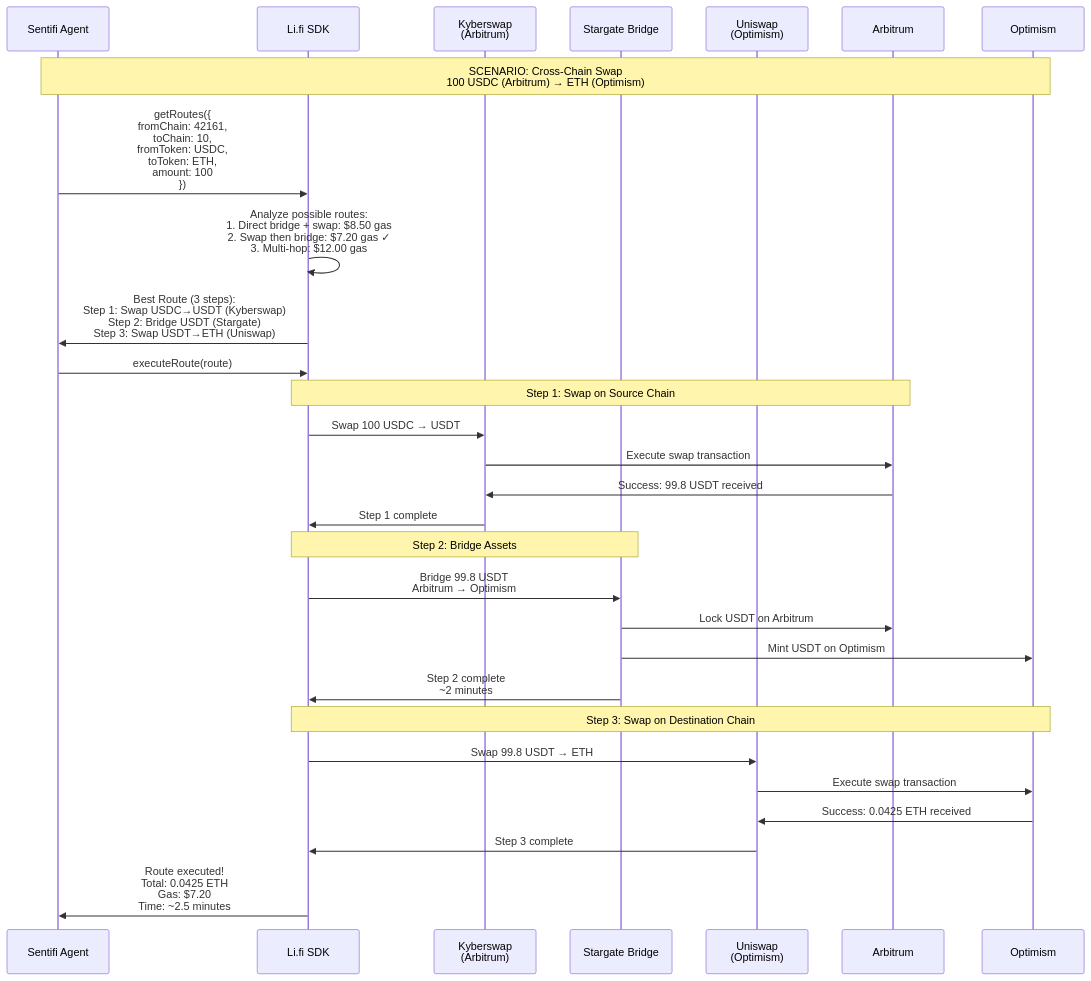
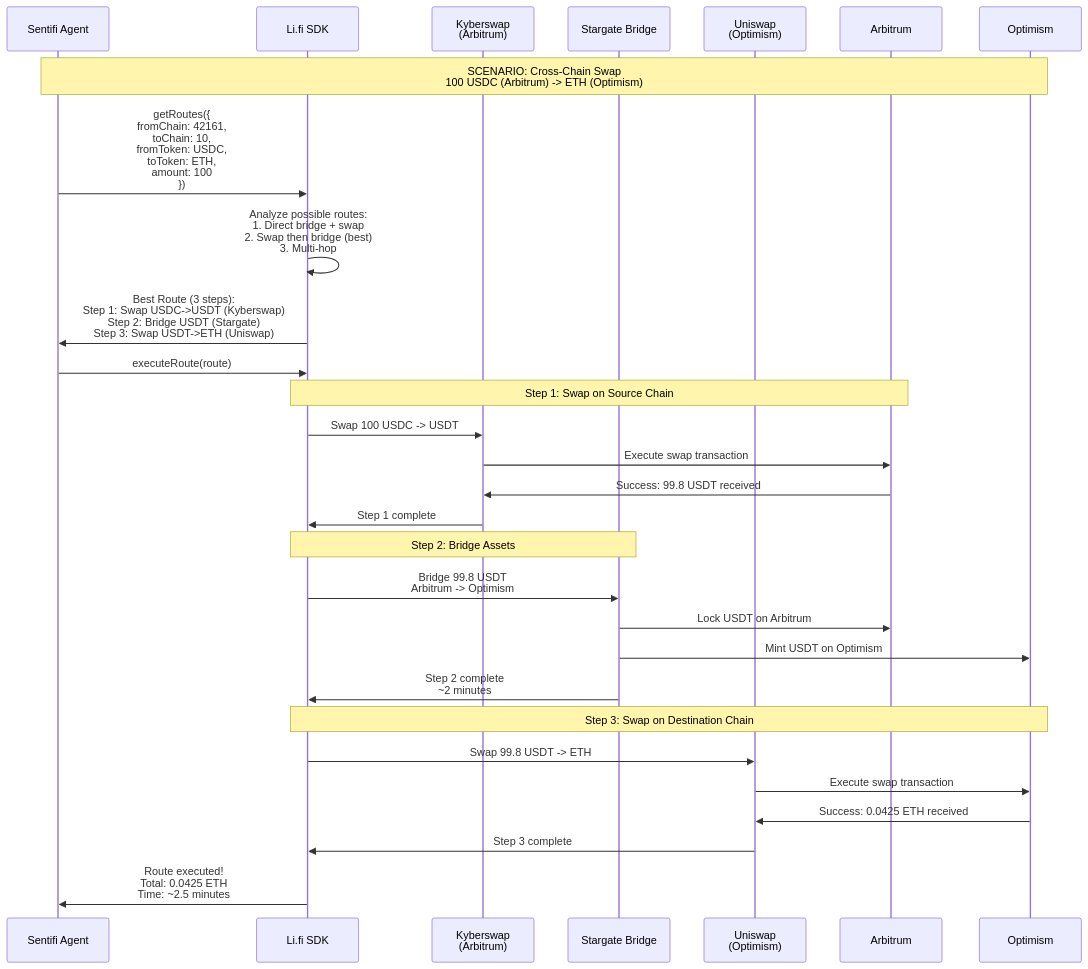
The seventh of 8 diagrams in docs/HACKATHON-FLOWS.md (vhspace/eXpress402), drawn with Mermaid before and after one commit. The commit also changed other lines of this file and 38 other files, not shown here.

````diff
--- a/docs/HACKATHON-FLOWS.md
+++ b/docs/HACKATHON-FLOWS.md
@@ -459,43 +455,43 @@
 ```mermaid
 sequenceDiagram
     participant Agent as Sentifi Agent
     participant Lifi as Li.fi SDK
     participant DEX1 as Kyberswap<br/>(Arbitrum)
     participant Bridge as Stargate Bridge
     participant DEX2 as Uniswap<br/>(Optimism)
     participant Chain1 as Arbitrum
     participant Chain2 as Optimism
 
-    Note over Agent,Chain2: SCENARIO: Cross-Chain Swap<br/>100 USDC (Arbitrum) → ETH (Optimism)
+    Note over Agent,Chain2: SCENARIO: Cross-Chain Swap<br/>100 USDC (Arbitrum) -> ETH (Optimism)
     
     Agent->>Lifi: getRoutes({<br/>  fromChain: 42161,<br/>  toChain: 10,<br/>  fromToken: USDC,<br/>  toToken: ETH,<br/>  amount: 100<br/>})
     
-    Lifi->>Lifi: Analyze possible routes:<br/>1. Direct bridge + swap: $8.50 gas<br/>2. Swap then bridge: $7.20 gas ✓<br/>3. Multi-hop: $12.00 gas
+    Lifi->>Lifi: Analyze possible routes:<br/>1. Direct bridge + swap<br/>2. Swap then bridge (best)<br/>3. Multi-hop
     
-    Lifi->>Agent: Best Route (3 steps):<br/>Step 1: Swap USDC→USDT (Kyberswap)<br/>Step 2: Bridge USDT (Stargate)<br/>Step 3: Swap USDT→ETH (Uniswap)
+    Lifi->>Agent: Best Route (3 steps):<br/>Step 1: Swap USDC->USDT (Kyberswap)<br/>Step 2: Bridge USDT (Stargate)<br/>Step 3: Swap USDT->ETH (Uniswap)
     
     Agent->>Lifi: executeRoute(route)
     
     Note over Lifi,Chain1: Step 1: Swap on Source Chain
     
-    Lifi->>DEX1: Swap 100 USDC → USDT
+    Lifi->>DEX1: Swap 100 USDC -> USDT
     DEX1->>Chain1: Execute swap transaction
     Chain1->>DEX1: Success: 99.8 USDT received
     DEX1->>Lifi: Step 1 complete
     
     Note over Lifi,Bridge: Step 2: Bridge Assets
     
-    Lifi->>Bridge: Bridge 99.8 USDT<br/>Arbitrum → Optimism
+    Lifi->>Bridge: Bridge 99.8 USDT<br/>Arbitrum -> Optimism
     Bridge->>Chain1: Lock USDT on Arbitrum
     Bridge->>Chain2: Mint USDT on Optimism
     Bridge->>Lifi: Step 2 complete<br/>~2 minutes
     
     Note over Lifi,Chain2: Step 3: Swap on Destination Chain
     
-    Lifi->>DEX2: Swap 99.8 USDT → ETH
+    Lifi->>DEX2: Swap 99.8 USDT -> ETH
     DEX2->>Chain2: Execute swap transaction
     Chain2->>DEX2: Success: 0.0425 ETH received
     DEX2->>Lifi: Step 3 complete
     
-    Lifi->>Agent: Route executed!<br/>Total: 0.0425 ETH<br/>Gas: $7.20<br/>Time: ~2.5 minutes
+    Lifi->>Agent: Route executed!<br/>Total: 0.0425 ETH<br/>Time: ~2.5 minutes
 ```
````
